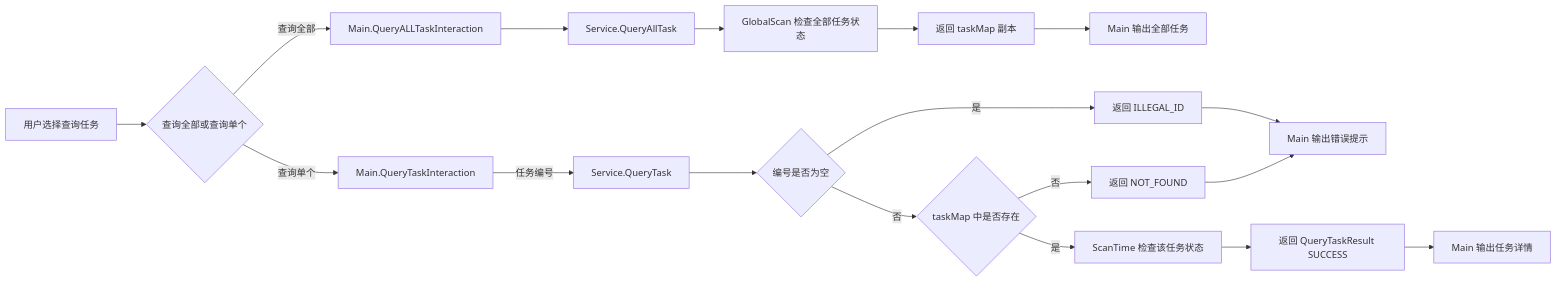
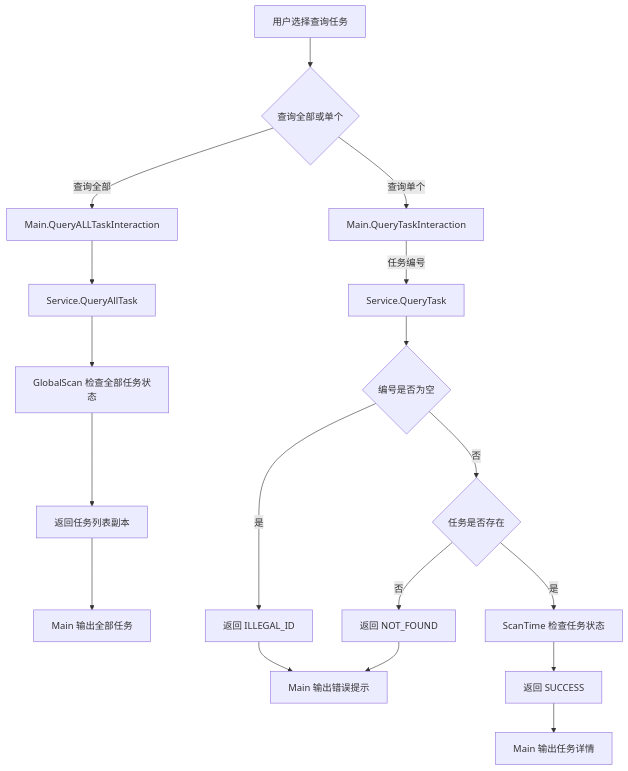
The third of 14 diagrams in README.md (Z-ZM-creator/Task-Manage-System3.0), drawn with Mermaid before and after one commit. The commit also changed other lines of this file, not shown here.

````diff
--- a/README.md
+++ b/README.md
@@ -179,21 +145,20 @@
 ```mermaid
-flowchart LR
-    User[用户选择查询任务] --> Choice{查询全部或查询单个}
+flowchart TD
+    User[用户选择查询任务] --> Choice{查询全部或单个}
     Choice -->|查询全部| MainAll[Main.QueryALLTaskInteraction]
     MainAll --> ServiceAll[Service.QueryAllTask]
     ServiceAll --> GlobalScan[GlobalScan 检查全部任务状态]
-    GlobalScan --> CopyMap[返回 taskMap 副本]
+    GlobalScan --> CopyMap[返回任务列表副本]
     CopyMap --> ShowAll[Main 输出全部任务]
-
     Choice -->|查询单个| MainOne[Main.QueryTaskInteraction]
     MainOne -->|任务编号| ServiceOne[Service.QueryTask]
     ServiceOne --> CheckId{编号是否为空}
     CheckId -->|是| Illegal[返回 ILLEGAL_ID]
-    CheckId -->|否| Exists{taskMap 中是否存在}
+    CheckId -->|否| Exists{任务是否存在}
     Exists -->|否| NotFound[返回 NOT_FOUND]
-    Exists -->|是| ScanOne[ScanTime 检查该任务状态]
-    ScanOne --> ResultTask[返回 QueryTaskResult SUCCESS]
+    Exists -->|是| ScanOne[ScanTime 检查任务状态]
+    ScanOne --> ResultTask[返回 SUCCESS]
     ResultTask --> ShowOne[Main 输出任务详情]
     Illegal --> ShowError[Main 输出错误提示]
     NotFound --> ShowError
 ```
````
